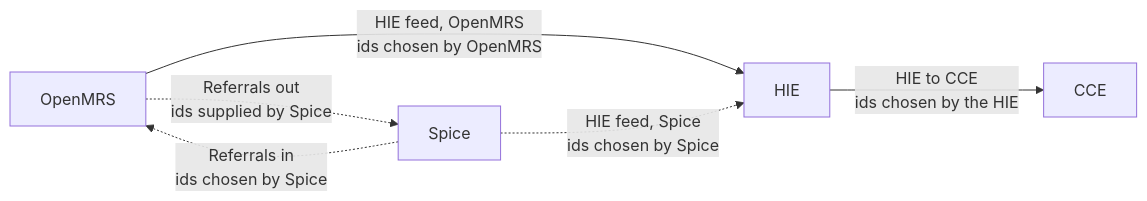
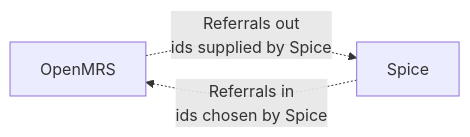
Before and after one commit to openphc/deploy-scripts: the fifth of 7 diagrams in one-click-installer/docs/beckn-demo-setup.md, drawn with Mermaid. The commit also changed other lines of this file and 60 other files, not shown here.

````diff
--- a/one-click-installer/docs/beckn-demo-setup.md
+++ b/one-click-installer/docs/beckn-demo-setup.md
@@ -278,13 +287,8 @@
 ```mermaid
 flowchart LR
     OMRS["OpenMRS"]
-    HIE["HIE"]
-    CCE["CCE"]
     SPICE["Spice"]
 
-    OMRS -- "HIE feed, OpenMRS<br/>ids chosen by OpenMRS" --> HIE
-    HIE -- "HIE to CCE<br/>ids chosen by the HIE" --> CCE
-    SPICE -. "HIE feed, Spice<br/>ids chosen by Spice" .-> HIE
     SPICE -. "Referrals in<br/>ids chosen by Spice" .-> OMRS
     OMRS -. "Referrals out<br/>ids supplied by Spice" .-> SPICE
 ```
````
